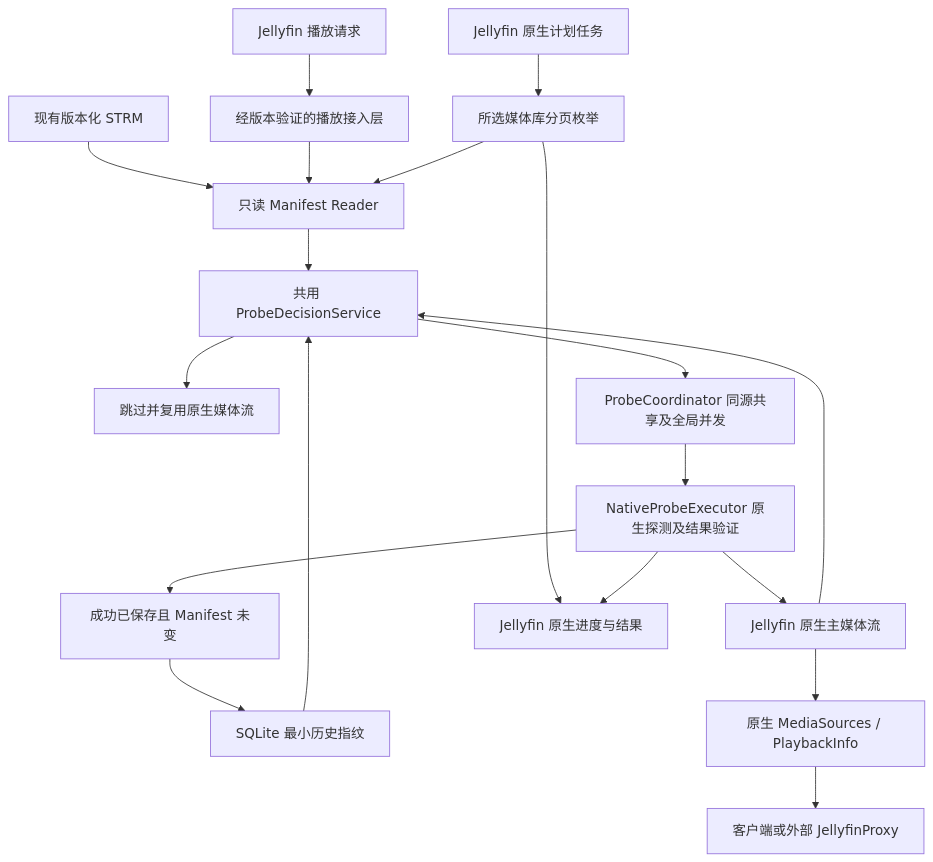
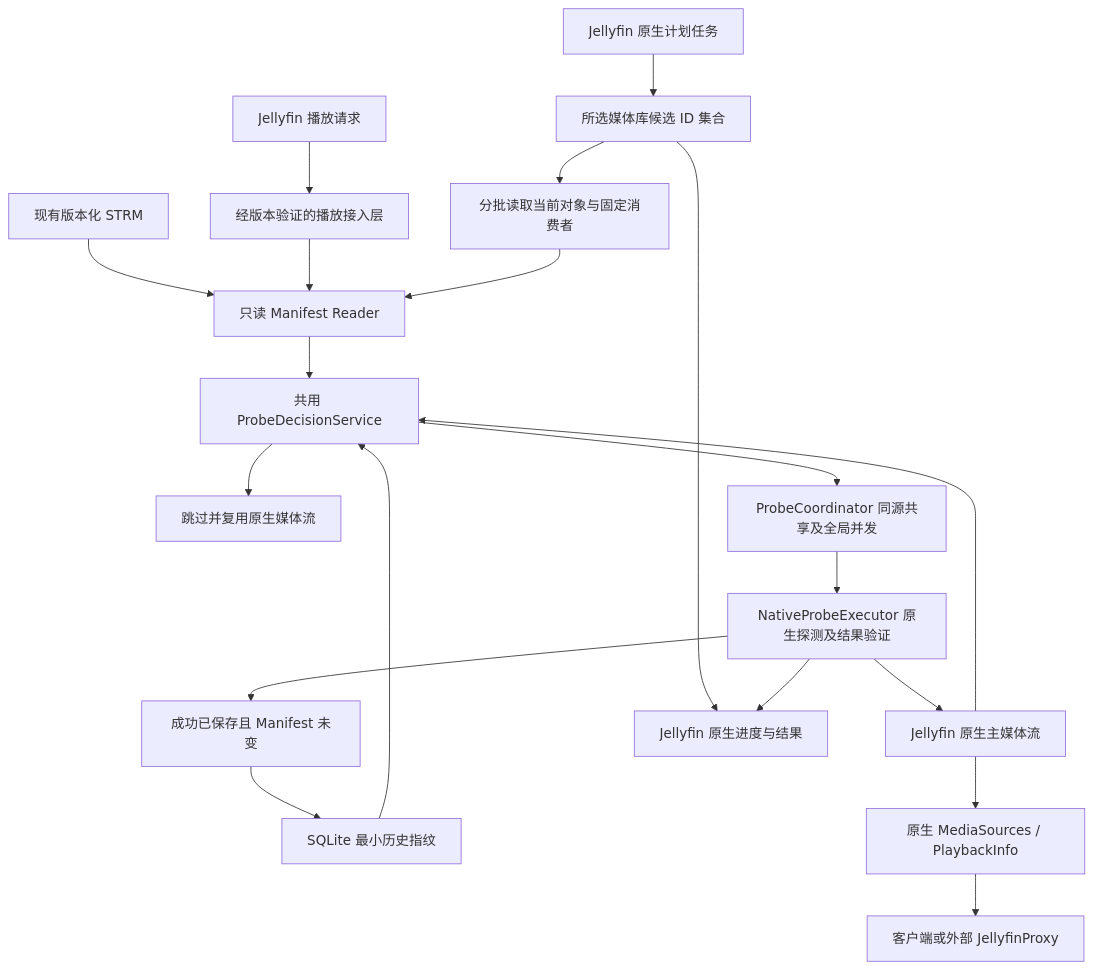
The diagram in docs/architecture.md (kentinya/jellyfin-strm-probe), drawn with Mermaid before and after one commit. The commit also changed other lines of this file and 14 other files, not shown here.

````diff
--- a/docs/architecture.md
+++ b/docs/architecture.md
@@ -37,21 +37,22 @@
 ```mermaid
 flowchart TD
     A[现有版本化 STRM] --> R[只读 Manifest Reader]
     P[Jellyfin 播放请求] --> I[经版本验证的播放接入层]
-    T[Jellyfin 原生计划任务] --> Q[所选媒体库分页枚举]
+    T[Jellyfin 原生计划任务] --> Q[所选媒体库候选 ID 集合]
+    Q --> W[分批读取当前对象与固定消费者]
     I --> R
-    Q --> R
+    W --> R
     R --> D[共用 ProbeDecisionService]
     F[SQLite 最小历史指纹] --> D
     N[Jellyfin 原生主媒体流] --> D
     D --> S[跳过并复用原生媒体流]
     D --> C[ProbeCoordinator 同源共享及全局并发]
     C --> E[NativeProbeExecutor 原生探测及结果验证]
     E --> N
     E --> V[成功已保存且 Manifest 未变]
     V --> F
     N --> B[原生 MediaSources / PlaybackInfo]
     B --> U[客户端或外部 JellyfinProxy]
     Q --> G[Jellyfin 原生进度与结果]
     E --> G
 ```
````
